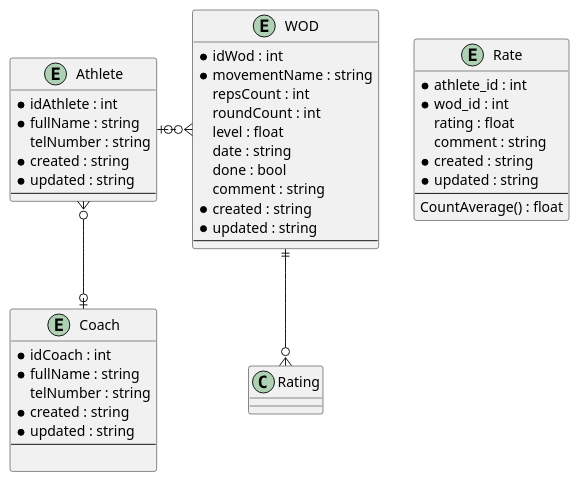
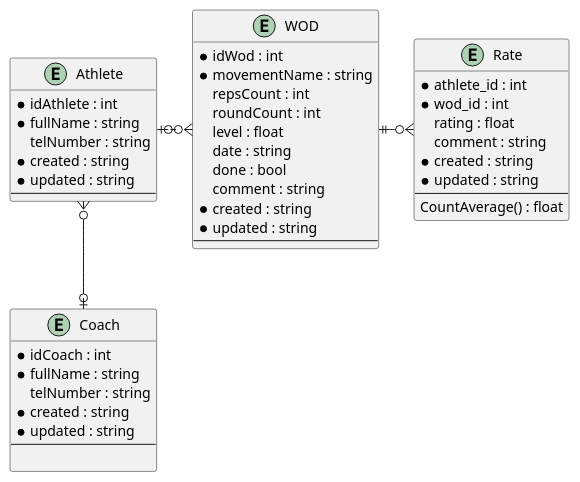
One commit to SaLuX8/UI-programming changed the second of 2 diagrams in Specs/Specs.md. Above: the diagram before and after it, drawn with PlantUML.

Commit message:
edit class model

````diff
--- a/Specs/Specs.md
+++ b/Specs/Specs.md
@@ -49,47 +49,47 @@
 ```plantuml
 entity Coach {
     * idCoach : int
     * fullName : string
     telNumber : string
     * created : string
     * updated : string
     --
     
 }
 entity Athlete {
     * idAthlete : int
     * fullName : string
     telNumber : string
     * created : string
     * updated : string
     --
 }
 entity WOD {
     * idWod : int
     * movementName : string
     repsCount : int
     roundCount : int
     level : float
     date : string
     done : bool
     comment : string
     * created : string
     * updated : string
     --
 }
 entity Rate {
     * athlete_id : int
     * wod_id : int
     rating : float
     comment : string
     * created : string
     * updated : string
     --
     CountAverage() : float
 }
 
 Athlete }o--o| Coach
 WOD }o-left-o| Athlete
-WOD ||--o{ Rating
+WOD ||-right-o{ Rate
 
 ```
````
